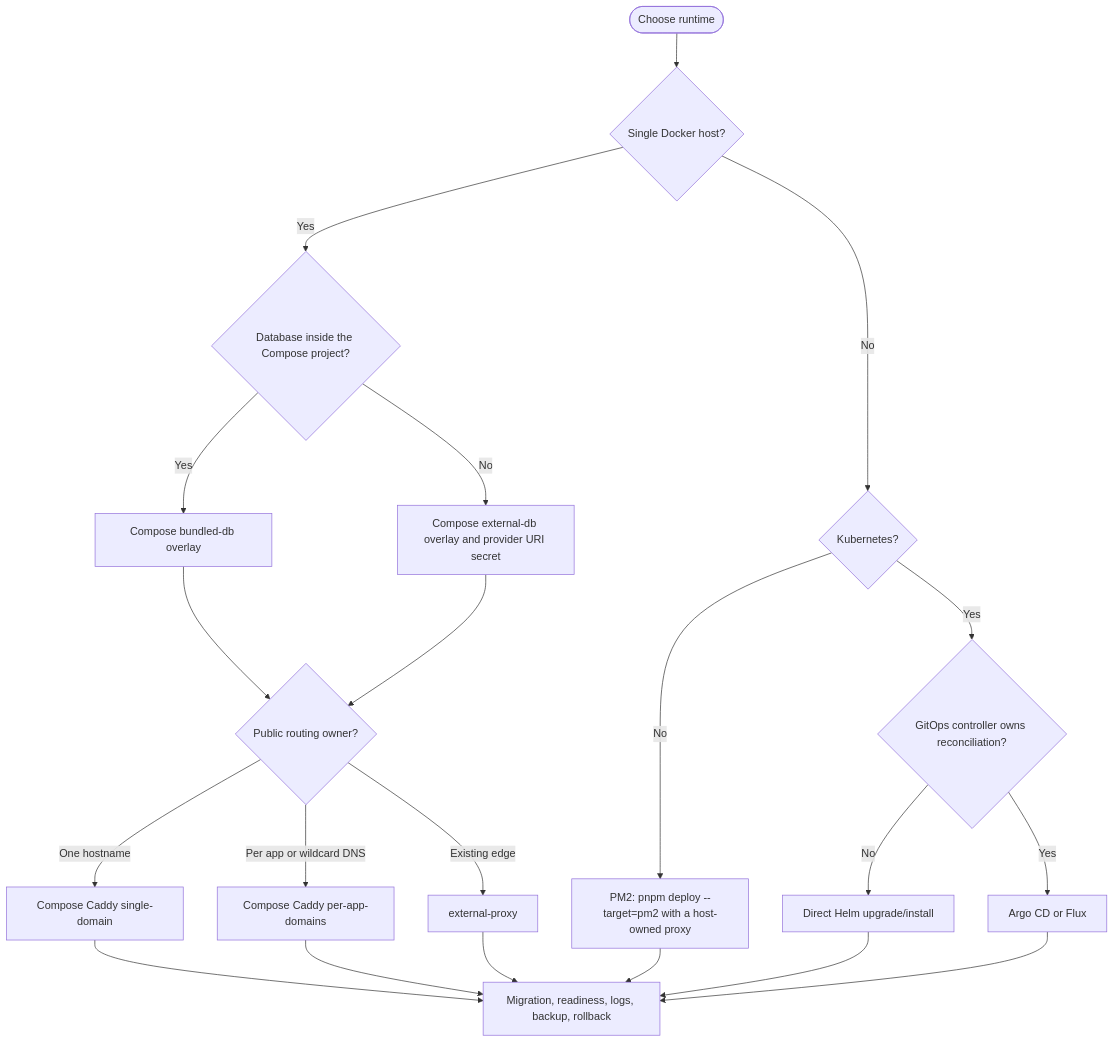
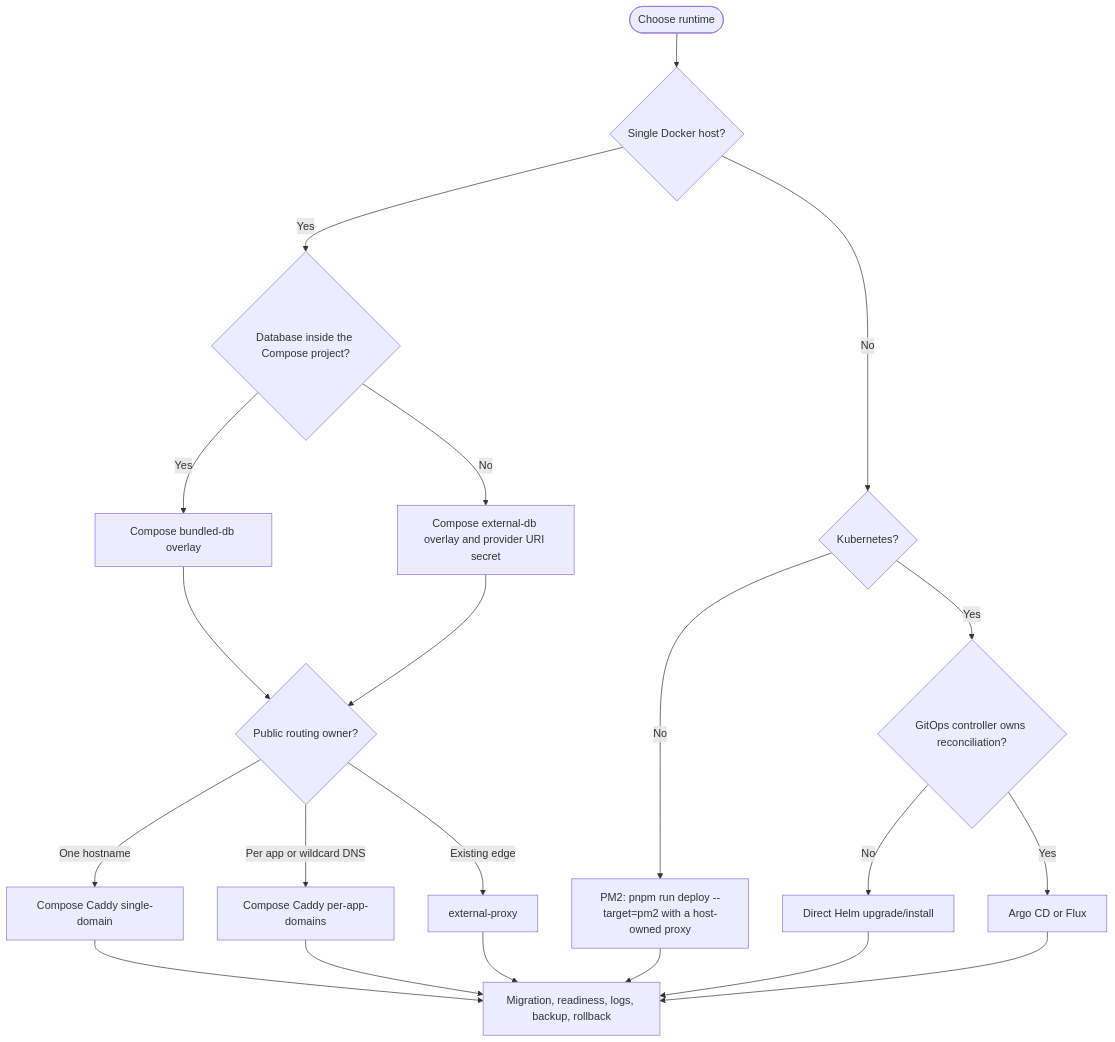
One commit to nmime/nest-react-boilerplate changed the diagram in docs/deployment.md. Above: the diagram before and after it, drawn with Mermaid. The commit also changed other lines of this file and 34 other files, not shown here.

````diff
--- a/docs/deployment.md
+++ b/docs/deployment.md
@@ -117,23 +117,23 @@
 ```mermaid
 flowchart TD
   start([Choose runtime]) --> host{Single Docker host?}
   host -- Yes --> db{Database inside the Compose project?}
   db -- Yes --> bundled[Compose bundled-db overlay]
   db -- No --> external[Compose external-db overlay and provider URI secret]
   bundled --> domains{Public routing owner?}
   external --> domains
   domains -- One hostname --> single[Compose Caddy single-domain]
   domains -- Per app or wildcard DNS --> multi[Compose Caddy per-app-domains]
   domains -- Existing edge --> proxy[external-proxy]
   host -- No --> k8s{Kubernetes?}
-  k8s -- No --> pm2[PM2: pnpm deploy --target=pm2 with a host-owned proxy]
+  k8s -- No --> pm2[PM2: pnpm run deploy --target=pm2 with a host-owned proxy]
   k8s -- Yes --> controller{GitOps controller owns reconciliation?}
   controller -- No --> helm[Direct Helm upgrade/install]
   controller -- Yes --> gitops[Argo CD or Flux]
   single --> verify[Migration, readiness, logs, backup, rollback]
   multi --> verify
   proxy --> verify
   pm2 --> verify
   helm --> verify
   gitops --> verify
 ```
````
